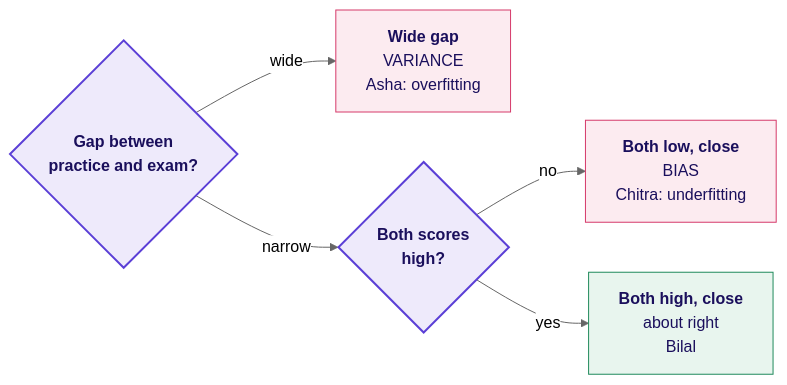
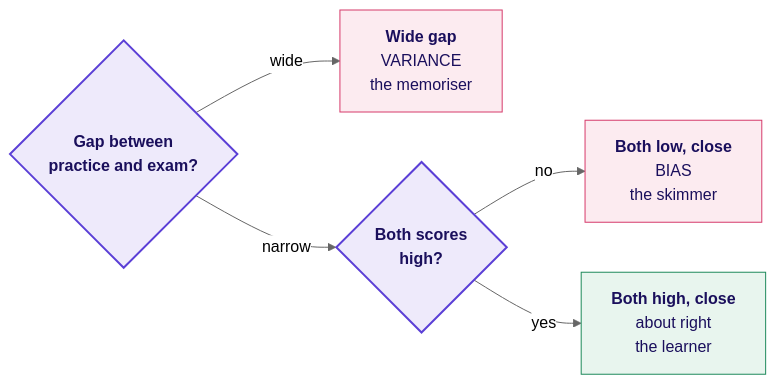
The third of 10 diagrams in content/W05/D4/1_in_class_training_content/slides/C2_W05_D04_slides_STUDENT.md (fde-academy-lab/c2-content-factory), drawn with Mermaid (neutral theme) before and after one commit. The commit also changed other lines of this file and 16 other files, not shown here.

First line of the commit message:
W05 D4: role labels for the invented students (the memoriser, the learner, the skimmer) across deck, notebook, notes and figures

````diff
--- a/content/W05/D4/1_in_class_training_content/slides/C2_W05_D04_slides_STUDENT.md
+++ b/content/W05/D4/1_in_class_training_content/slides/C2_W05_D04_slides_STUDENT.md
@@ -192,18 +192,18 @@
 ```mermaid
 flowchart LR
     G{"<b>Gap between</b><br/><b>practice and exam?</b>"}
-    V["<b>Wide gap</b><br/>VARIANCE<br/>Asha: overfitting"]
+    V["<b>Wide gap</b><br/>VARIANCE<br/>the memoriser"]
     L{"<b>Both scores</b><br/><b>high?</b>"}
-    B["<b>Both low, close</b><br/>BIAS<br/>Chitra: underfitting"]
-    R["<b>Both high, close</b><br/>about right<br/>Bilal"]
+    B["<b>Both low, close</b><br/>BIAS<br/>the skimmer"]
+    R["<b>Both high, close</b><br/>about right<br/>the learner"]
     G -- wide --> V
     G -- narrow --> L
     L -- no --> B
     L -- yes --> R
     classDef bad fill:#FCEBF0,stroke:#D63A6A,color:#1A0F5C
     classDef good fill:#E8F5EE,stroke:#1F8A5B,color:#1A0F5C
     classDef known fill:#EEEAFB,stroke:#5B3FD6,color:#1A0F5C,stroke-width:2px
     class V,B bad
     class R good
     class G,L known
 ```
````
